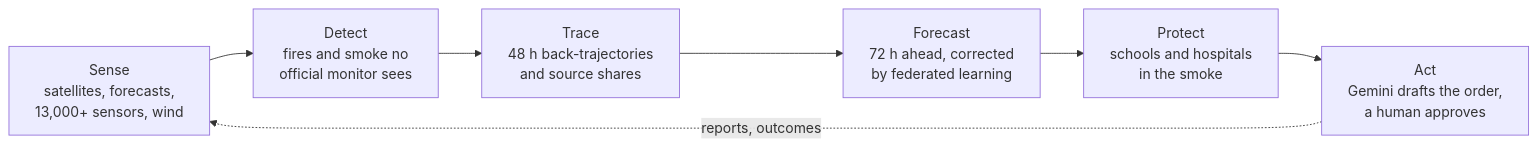
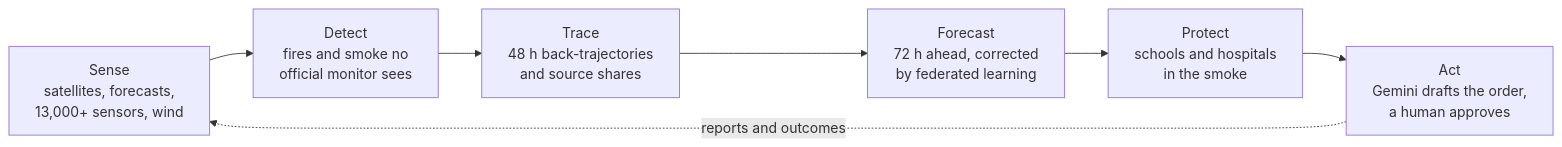
Before and after one commit to ashfaque-rifaye/albedo-watch: the first of 2 diagrams in README.md, drawn with Mermaid.

Commit message:
docs: Mermaid dotted-link syntax

````diff
--- a/README.md
+++ b/README.md
@@ -55,9 +55,9 @@
 ```mermaid
 flowchart LR
     S["Sense<br/>satellites, forecasts,<br/>13,000+ sensors, wind"] --> D["Detect<br/>fires and smoke no<br/>official monitor sees"]
     D --> T["Trace<br/>48 h back-trajectories<br/>and source shares"]
     T --> F["Forecast<br/>72 h ahead, corrected<br/>by federated learning"]
     F --> P["Protect<br/>schools and hospitals<br/>in the smoke"]
     P --> A["Act<br/>Gemini drafts the order,<br/>a human approves"]
-    A -. "reports, outcomes" .-> S
+    A -.->|reports and outcomes| S
 ```
````
